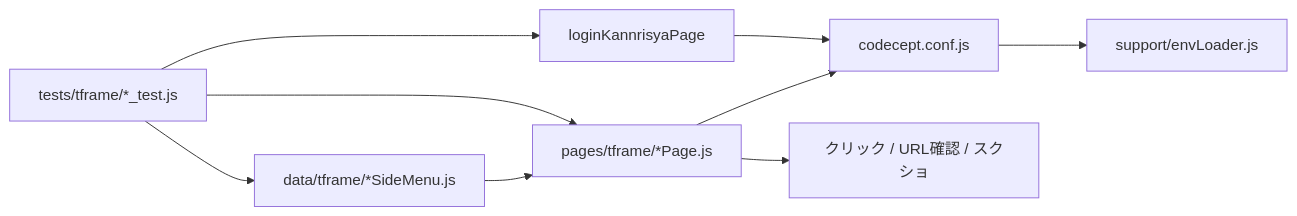
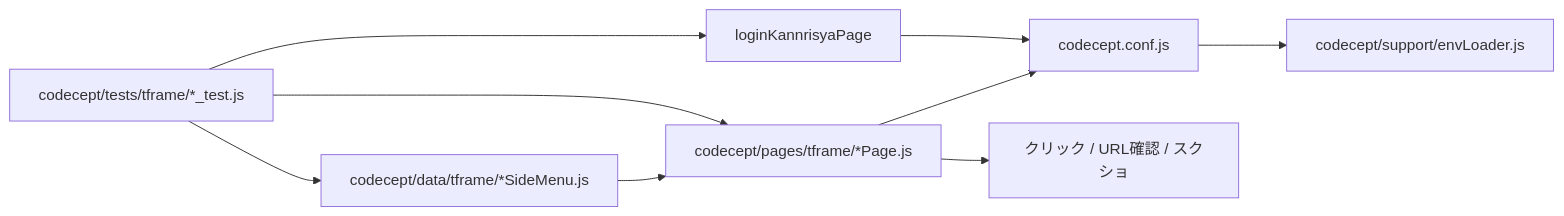
Before and after one commit to kageyama-aoi/e2e: the second of 2 diagrams in docs/tframe/architecture.md, drawn with Mermaid. The commit also changed other lines of this file and 543 other files, not shown here.

First line of the commit message:
refactor(e2e): tests・pages・support・data を codecept/ の下にまとめる #337

````diff
--- a/docs/tframe/architecture.md
+++ b/docs/tframe/architecture.md
@@ -331,13 +331,13 @@
 ```mermaid
 flowchart LR
-  TESTS[tests/tframe/*_test.js] --> LOGIN[loginKannrisyaPage]
-  TESTS --> MENUPAGE[pages/tframe/*Page.js]
-  TESTS --> DATA[data/tframe/*SideMenu.js]
+  TESTS[codecept/tests/tframe/*_test.js] --> LOGIN[loginKannrisyaPage]
+  TESTS --> MENUPAGE[codecept/pages/tframe/*Page.js]
+  TESTS --> DATA[codecept/data/tframe/*SideMenu.js]
 
   LOGIN --> CONFIG[codecept.conf.js]
   MENUPAGE --> CONFIG
-  CONFIG --> ENV[support/envLoader.js]
+  CONFIG --> ENV[codecept/support/envLoader.js]
 
   MENUPAGE --> ACTIONS[クリック / URL確認 / スクショ]
   DATA --> MENUPAGE
 ```
````
